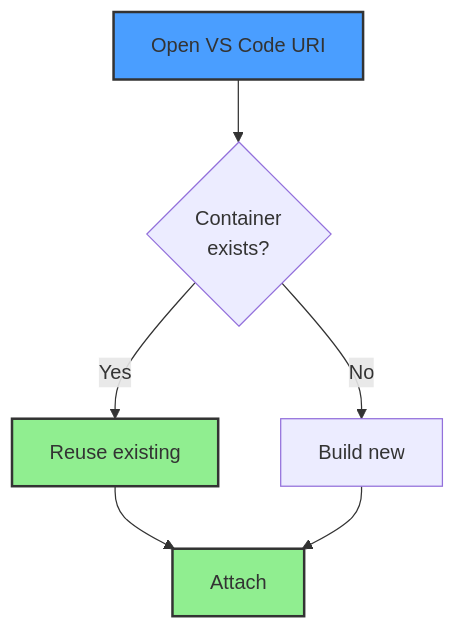
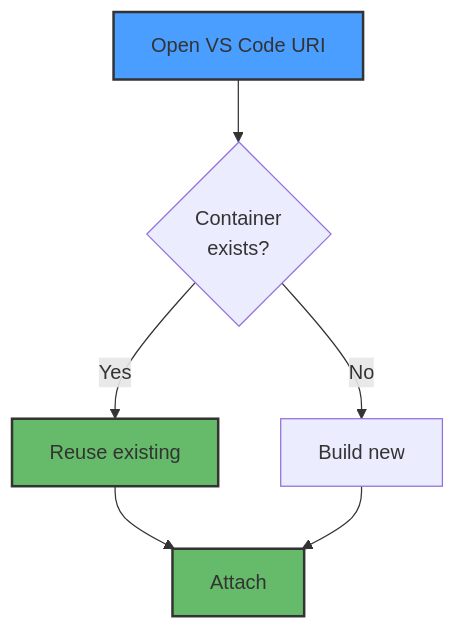
One commit to ManuelKugelmann/BitBot changed the fifth of 6 diagrams in sparc/3-architecture/diagrams/04-vscode-integration.md. Above: the diagram before and after it, drawn with Mermaid. The commit also changed other lines of this file and 6 other files, not shown here.

First line of the commit message:
Improve diagram colors for better dark text contrast

````diff
--- a/sparc/3-architecture/diagrams/04-vscode-integration.md
+++ b/sparc/3-architecture/diagrams/04-vscode-integration.md
@@ -232,18 +232,18 @@
 ```mermaid
 flowchart TD
     OPEN[Open VS Code URI]
     CHECK{Container<br/>exists?}
     REUSE[Reuse existing]
     BUILD[Build new]
     ATTACH[Attach]
 
     OPEN --> CHECK
     CHECK -->|Yes| REUSE
     CHECK -->|No| BUILD
     REUSE --> ATTACH
     BUILD --> ATTACH
 
     style OPEN fill:#4a9eff,stroke:#333,stroke-width:2px
-    style REUSE fill:#90ee90,stroke:#333,stroke-width:2px
-    style ATTACH fill:#90ee90,stroke:#333,stroke-width:2px
+    style REUSE fill:#66bb6a,stroke:#333,stroke-width:2px
+    style ATTACH fill:#66bb6a,stroke:#333,stroke-width:2px
 ```
````
